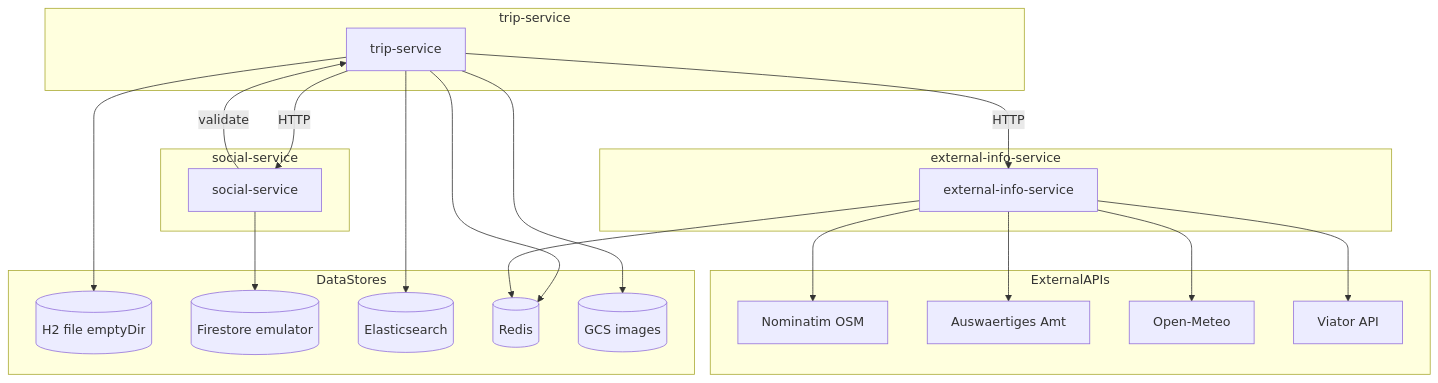
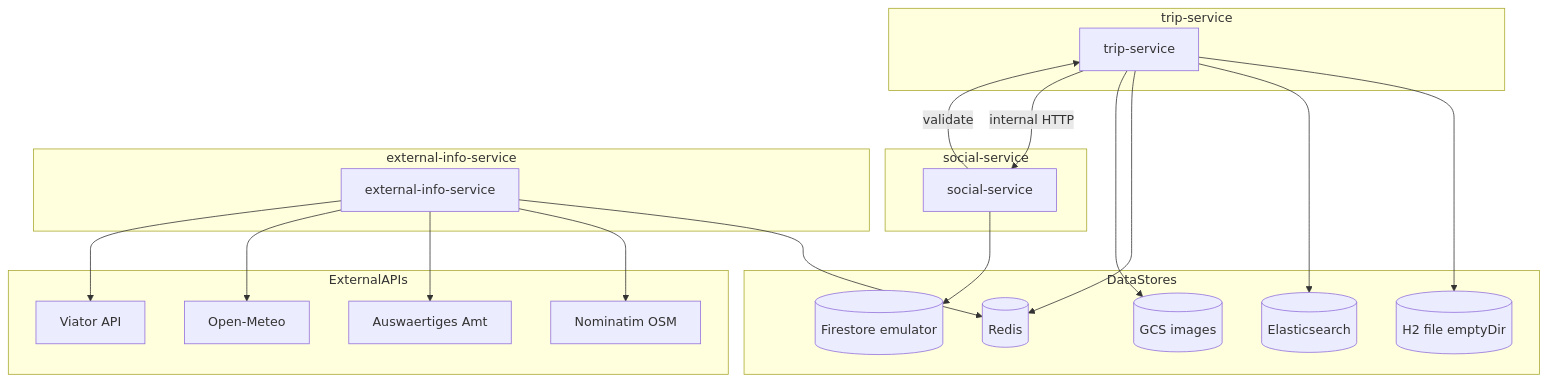
Before and after one commit to tbd-htwg/backend: the third of 4 diagrams in docs/gettingstarted/STATE.md, drawn with Mermaid. The commit also changed other lines of this file and 29 other files, not shown here.

````diff
--- a/docs/gettingstarted/STATE.md
+++ b/docs/gettingstarted/STATE.md
@@ -161,45 +168,44 @@
 ```mermaid
 flowchart TB
   subgraph TripPod["trip-service"]
     Trip[trip-service]
   end
 
   subgraph SocialPod["social-service"]
     Social[social-service]
   end
 
   subgraph ExtPod["external-info-service"]
     Ext[external-info-service]
   end
 
   subgraph DataStores
     H2[(H2 file emptyDir)]
     FSE[(Firestore emulator)]
     ES[(Elasticsearch)]
     Redis[(Redis)]
     GCS[(GCS images)]
   end
 
   subgraph ExternalAPIs
     Nominatim[Nominatim OSM]
     Amt[Auswaertiges Amt]
     Meteo[Open-Meteo]
     Viator[Viator API]
   end
 
   Trip --> H2
   Trip --> ES
   Trip --> Redis
   Trip --> GCS
-  Trip -->|HTTP| Social
-  Trip -->|HTTP| Ext
+  Trip -->|internal HTTP| Social
 
   Social --> FSE
   Social -->|validate| Trip
 
   Ext --> Redis
   Ext --> Nominatim
   Ext --> Amt
   Ext --> Meteo
   Ext --> Viator
 ```
````
